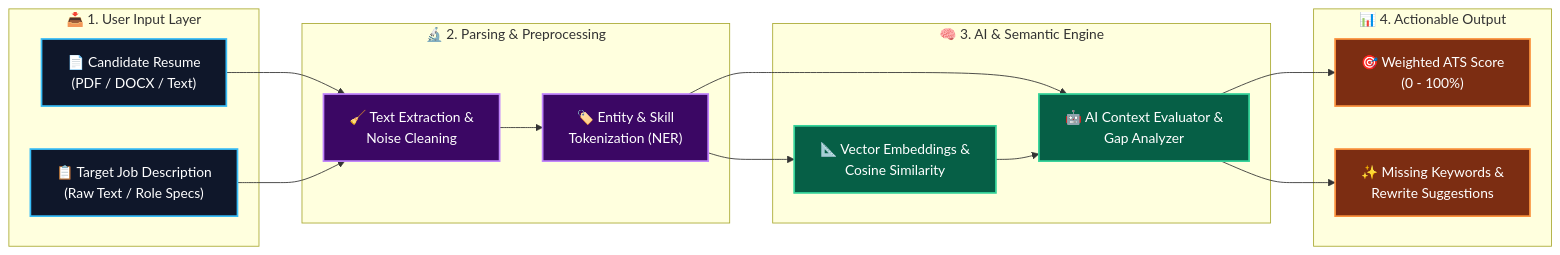
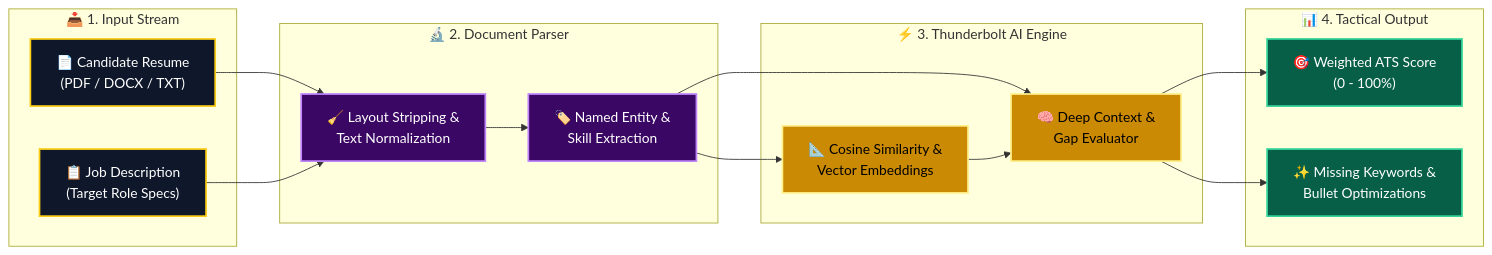
The first of 3 diagrams in README.md (Adamnazeri/resumematcheraiproject), drawn with Mermaid before and after one commit. The commit also changed other lines of this file, not shown here.

````diff
--- a/README.md
+++ b/README.md
@@ -103,35 +152,35 @@
 ```mermaid
 flowchart LR
-    classDef input fill:#0f172a,stroke:#38bdf8,stroke-width:2px,color:#ffffff
+    classDef input fill:#0f172a,stroke:#facc15,stroke-width:2px,color:#ffffff
     classDef parser fill:#3b0764,stroke:#c084fc,stroke-width:2px,color:#ffffff
-    classDef ai fill:#065f46,stroke:#34d399,stroke-width:2px,color:#ffffff
-    classDef output fill:#7c2d12,stroke:#fb923c,stroke-width:2px,color:#ffffff
+    classDef ai fill:#ca8a04,stroke:#fef08a,stroke-width:2px,color:#000000
+    classDef output fill:#065f46,stroke:#34d399,stroke-width:2px,color:#ffffff
 
-    subgraph Inputs ["📥 1. User Input Layer"]
-        RES["📄 Candidate Resume<br/>(PDF / DOCX / Text)"]:::input
-        JD["📋 Target Job Description<br/>(Raw Text / Role Specs)"]:::input
+    subgraph Inputs ["📥 1. Input Stream"]
+        RES["📄 Candidate Resume<br/>(PDF / DOCX / TXT)"]:::input
+        JD["📋 Job Description<br/>(Target Role Specs)"]:::input
     end
 
-    subgraph Extraction ["🔬 2. Parsing & Preprocessing"]
-        EXT["🧹 Text Extraction &<br/>Noise Cleaning"]:::parser
-        NER["🏷️ Entity & Skill<br/>Tokenization (NER)"]:::parser
-        RES --> EXT
-        JD --> EXT
-        EXT --> NER
+    subgraph Extraction ["🔬 2. Document Parser"]
+        CLEAN["🧹 Layout Stripping &<br/>Text Normalization"]:::parser
+        NER["🏷️ Named Entity &<br/>Skill Extraction"]:::parser
+        RES --> CLEAN
+        JD --> CLEAN
+        CLEAN --> NER
     end
 
-    subgraph Intelligence ["🧠 3. AI & Semantic Engine"]
-        VEC["📐 Vector Embeddings &<br/>Cosine Similarity"]:::ai
-        LLM["🤖 AI Context Evaluator &<br/>Gap Analyzer"]:::ai
+    subgraph CoreAI ["⚡ 3. Thunderbolt AI Engine"]
+        VEC["📐 Cosine Similarity &<br/>Vector Embeddings"]:::ai
+        LLM["🧠 Deep Context &<br/>Gap Evaluator"]:::ai
         NER --> VEC
         NER --> LLM
         VEC --> LLM
     end
 
-    subgraph Results ["📊 4. Actionable Output"]
+    subgraph Output ["📊 4. Tactical Output"]
         SCORE["🎯 Weighted ATS Score<br/>(0 - 100%)"]:::output
-        REPORT["✨ Missing Keywords &<br/>Rewrite Suggestions"]:::output
+        TIPS["✨ Missing Keywords &<br/>Bullet Optimizations"]:::output
         LLM --> SCORE
-        LLM --> REPORT
+        LLM --> TIPS
     end
 ```
````
